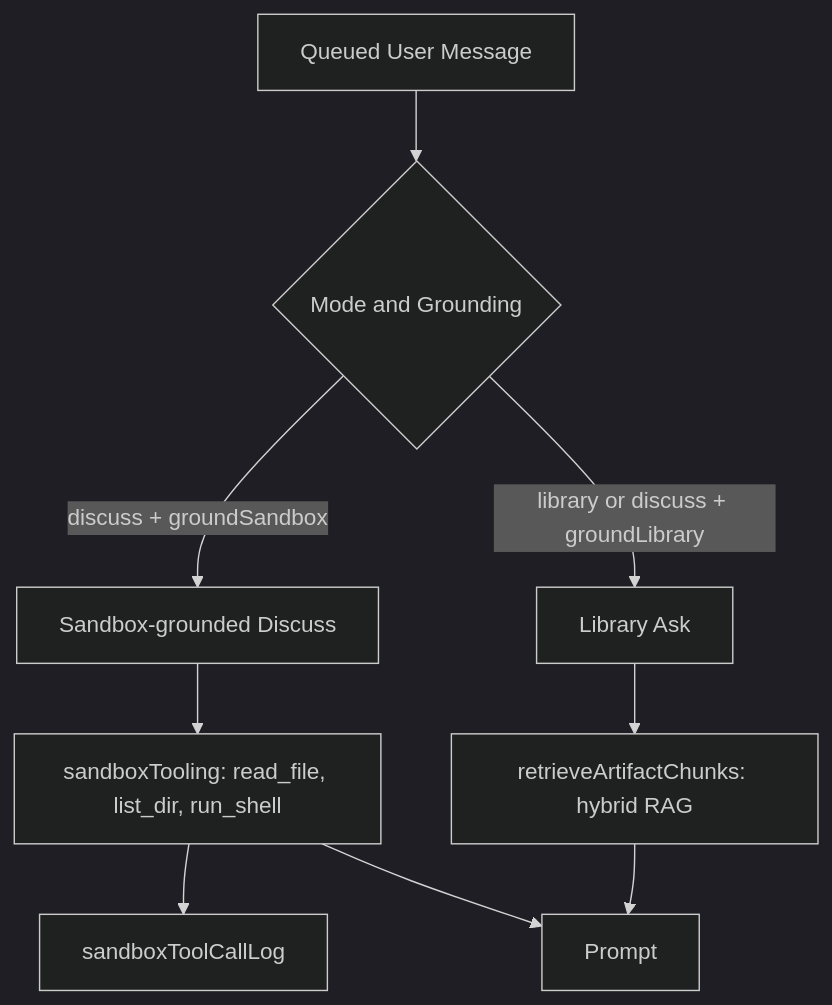
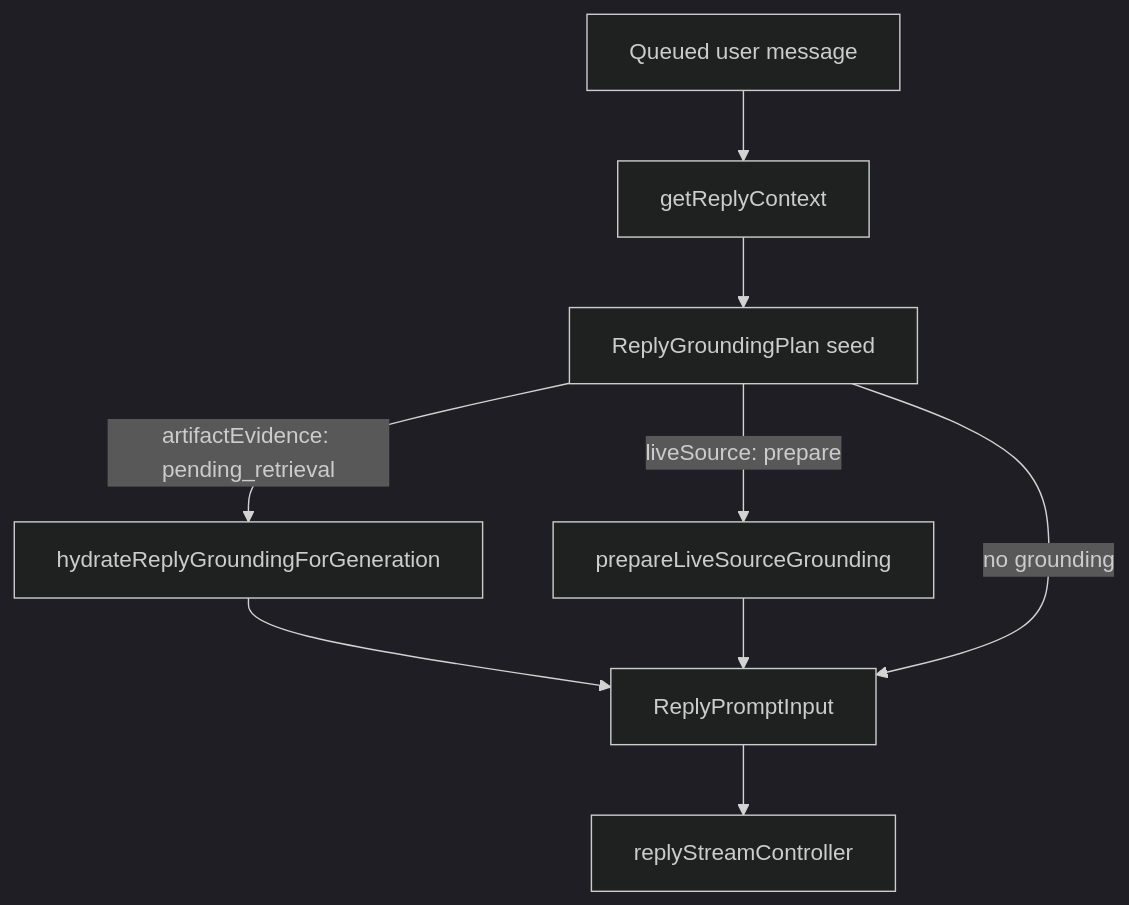
The diagram in docs/chat/chat-context-retrieval-system-design.md (EricTsai83/systify), drawn with Mermaid (dark theme) before and after one commit. The commit also changed other lines of this file and 12 other files, not shown here.

First line of the commit message:
Refactor chat reply context around grounding intent

````diff
--- a/docs/chat/chat-context-retrieval-system-design.md
+++ b/docs/chat/chat-context-retrieval-system-design.md
@@ -19,18 +33,16 @@
 ```mermaid
 flowchart TD
-  Q[Queued User Message]
-  M{Mode and Grounding}
-  S[Sandbox-grounded Discuss]
-  L[Library Ask]
-  T[sandboxTooling: read_file, list_dir, run_shell]
-  A[retrieveArtifactChunks: hybrid RAG]
-  Audit[sandboxToolCallLog]
-  P[Prompt]
+  Q[Queued user message]
+  C[getReplyContext]
+  G[ReplyGroundingPlan seed]
+  A[hydrateReplyGroundingForGeneration]
+  S[prepareLiveSourceGrounding]
+  P[ReplyPromptInput]
+  R[replyStreamController]
 
-  Q --> M
-  M -->|discuss + groundSandbox| S
-  M -->|library or discuss + groundLibrary| L
-  S --> T --> Audit
-  T --> P
-  L --> A --> P
+  Q --> C --> G
+  G -->|artifactEvidence: pending_retrieval| A --> P
+  G -->|liveSource: prepare| S --> P
+  G -->|no grounding| P
+  P --> R
 ```
````
